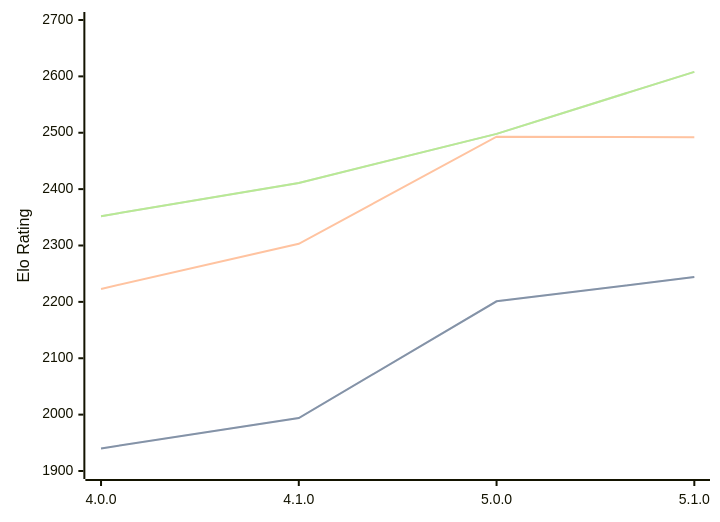
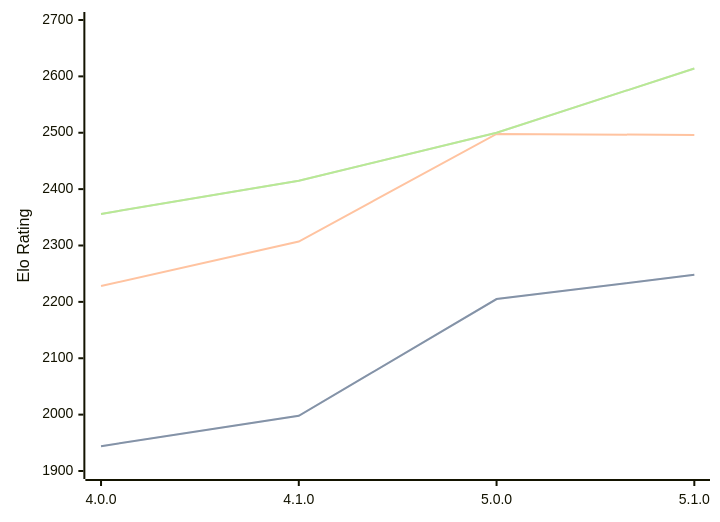
Before and after one commit to computer-chess-index/cci: the diagram in engines/Aconcagua.md, drawn with Mermaid. The commit also changed other lines of this file, not shown here.

Commit message:
Update CCI Ratings (ELO VLTC) - 2026-05-02

````diff
--- a/engines/Aconcagua.md
+++ b/engines/Aconcagua.md
@@ -43,11 +43,11 @@
 ```mermaid
 %%{init: {"theme":"base","themeVariables":{"seriesColors:['#a3a3a3','#222221','#faa371']}}}%%
 xychart-beta
   x-axis ["4.0.0", "4.1.0", "5.0.0", "5.1.0"]
   y-axis "Elo Rating" 1900 --> 2700
-  line "STC (8.0+0.08s)" [1940, 1994, 2201, 2244]
-  line "STC (8.0+0.08s)" [1940, 1994, 2201, 2244]
-  line "LTC (60.0+0.60s)" [2223, 2303, 2493, 2492]
-  line "VLTC (2m24s+1.12s)" [2352, 2411, 2498, 2608]
-  line "VLTC (2m24s+1.12s)" [2352, 2411, 2498, 2608]
+  line "STC (8.0+0.08s)" [1944, 1998, 2205, 2248]
+  line "STC (8.0+0.08s)" [1944, 1998, 2205, 2248]
+  line "LTC (60.0+0.60s)" [2228, 2307, 2498, 2496]
+  line "VLTC (2m24s+1.12s)" [2356, 2415, 2500, 2614]
+  line "VLTC (2m24s+1.12s)" [2356, 2415, 2500, 2614]
 ```
````
